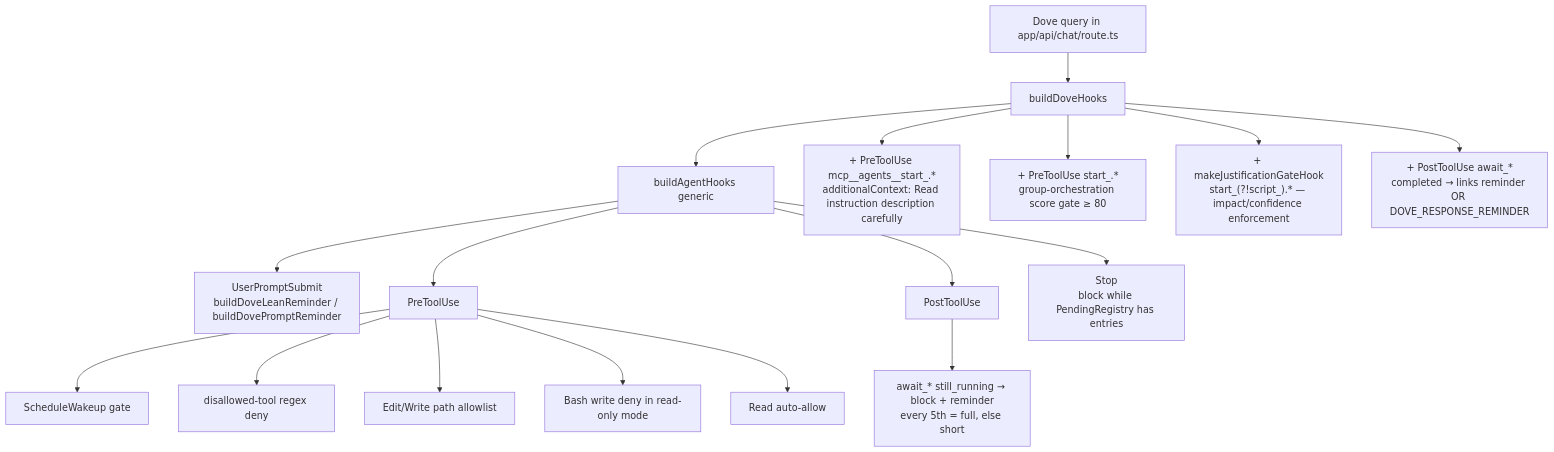
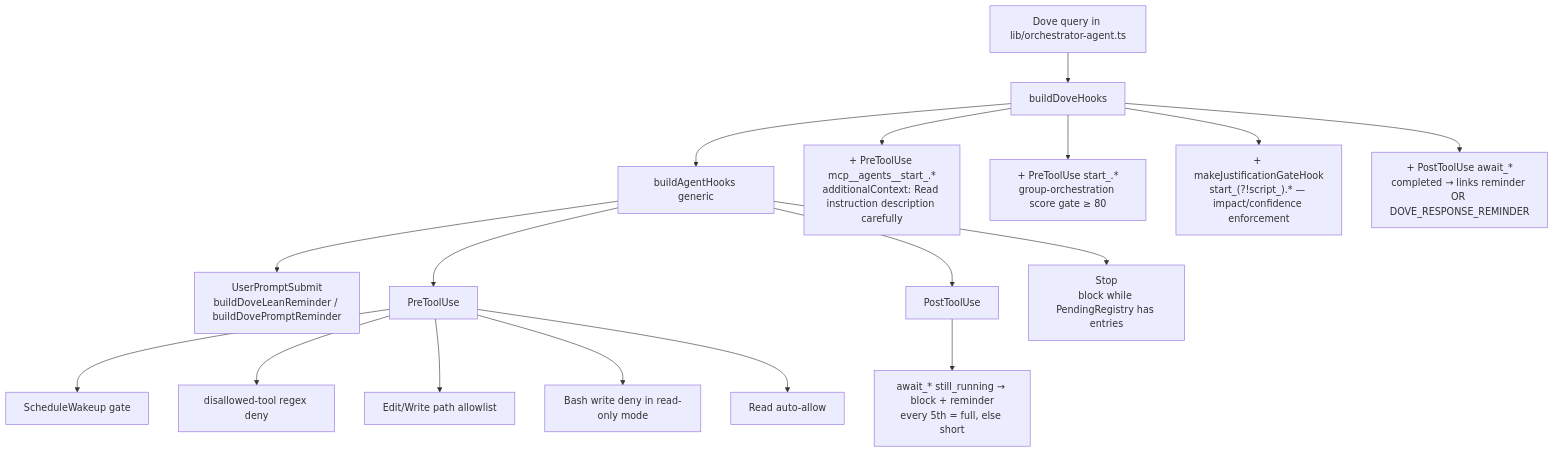
One commit to PixelPaw-Labs/DovePaw changed the second of 8 diagrams in docs/specs/01-hook-injection.md. Above: the diagram before and after it, drawn with Mermaid. The commit also changed other lines of this file and 14 other files, not shown here.

````diff
--- a/docs/specs/01-hook-injection.md
+++ b/docs/specs/01-hook-injection.md
@@ -54,20 +54,20 @@
 ```mermaid
 flowchart TD
-  query[Dove query in app/api/chat/route.ts] --> builder[buildDoveHooks]
+  query[Dove query in lib/orchestrator-agent.ts] --> builder[buildDoveHooks]
   builder --> base[buildAgentHooks generic]
   base --> u[UserPromptSubmit<br/>buildDoveLeanReminder / buildDovePromptReminder]
   base --> pre[PreToolUse]
   pre --> p1[ScheduleWakeup gate]
   pre --> p2[disallowed-tool regex deny]
   pre --> p3[Edit/Write path allowlist]
   pre --> p4[Bash write deny in read-only mode]
   pre --> p5[Read auto-allow]
   base --> post[PostToolUse]
   post --> pa[await_* still_running → block + reminder<br/>every 5th = full, else short]
   base --> stop[Stop<br/>block while PendingRegistry has entries]
 
   builder --> pre2[+ PreToolUse mcp__agents__start_.*<br/>additionalContext: Read instruction description carefully]
   builder --> pre3[+ PreToolUse start_.*<br/>group-orchestration score gate ≥ 80]
   builder --> pre4["+ makeJustificationGateHook<br/>start_(?!script_).* — impact/confidence enforcement"]
   builder --> post2[+ PostToolUse await_*<br/>completed → links reminder OR DOVE_RESPONSE_REMINDER]
 ```
````
